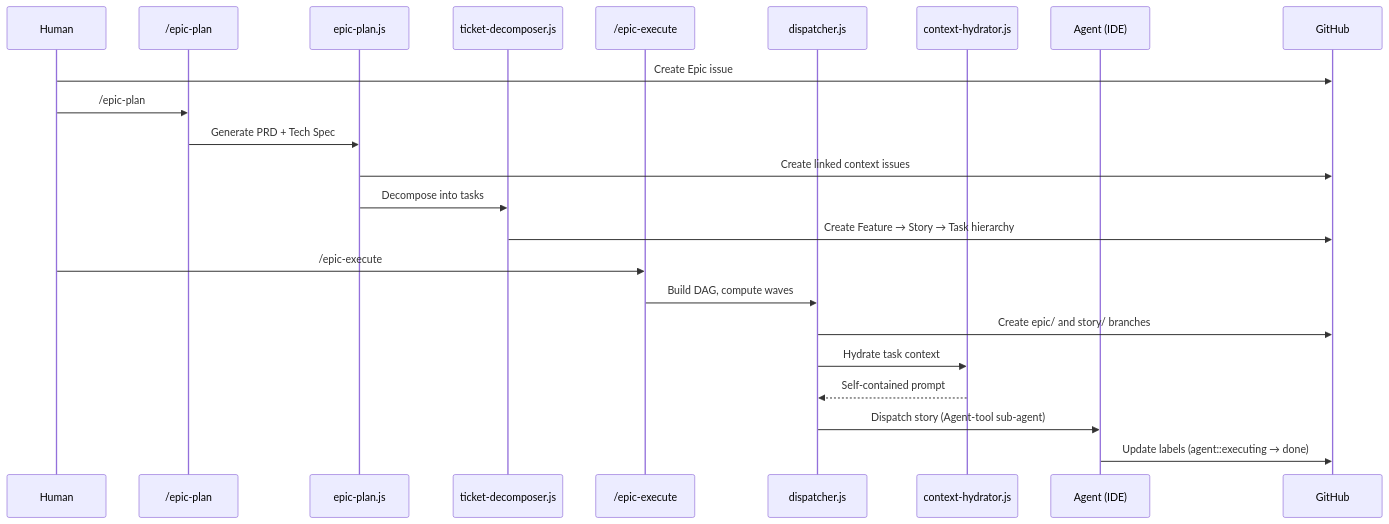
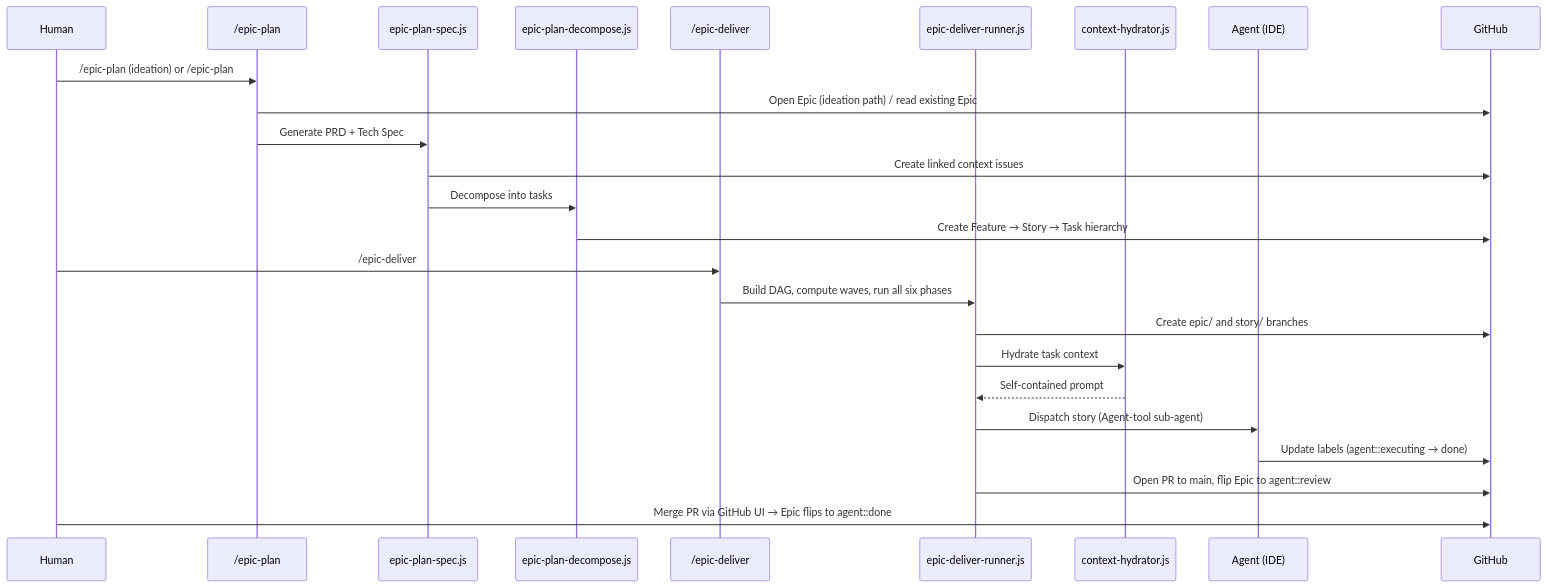
The seventh of 8 diagrams in docs/architecture.md (dsj1984/mandrel), drawn with Mermaid before and after one commit. The commit also changed other lines of this file and 7 other files, not shown here.

Commit message:
docs(reference): rewrite architecture.md, configuration.md, decisions adr, instructions.md, and changelog 5.40.0 entry (resolves #1176)

````diff
--- a/docs/architecture.md
+++ b/docs/architecture.md
@@ -488,27 +504,29 @@
 ```mermaid
 sequenceDiagram
     participant H as Human
     participant P as /epic-plan
-    participant EP as epic-plan.js
-    participant TD as ticket-decomposer.js
-    participant D as /epic-execute
-    participant DI as dispatcher.js
+    participant EP as epic-plan-spec.js
+    participant TD as epic-plan-decompose.js
+    participant D as /epic-deliver
+    participant EDR as epic-deliver-runner.js
     participant CH as context-hydrator.js
     participant A as Agent (IDE)
     participant GH as GitHub
 
-    H->>GH: Create Epic issue
-    H->>P: /epic-plan #EPIC
+    H->>P: /epic-plan (ideation) or /epic-plan #EPIC
+    P->>GH: Open Epic (ideation path) / read existing Epic
     P->>EP: Generate PRD + Tech Spec
     EP->>GH: Create linked context issues
     EP->>TD: Decompose into tasks
     TD->>GH: Create Feature → Story → Task hierarchy
 
-    H->>D: /epic-execute #EPIC
-    D->>DI: Build DAG, compute waves
-    DI->>GH: Create epic/ and story/ branches
-    DI->>CH: Hydrate task context
-    CH-->>DI: Self-contained prompt
-    DI->>A: Dispatch story (Agent-tool sub-agent)
+    H->>D: /epic-deliver #EPIC
+    D->>EDR: Build DAG, compute waves, run all six phases
+    EDR->>GH: Create epic/ and story/ branches
+    EDR->>CH: Hydrate task context
+    CH-->>EDR: Self-contained prompt
+    EDR->>A: Dispatch story (Agent-tool sub-agent)
     A->>GH: Update labels (agent::executing → done)
+    EDR->>GH: Open PR to main, flip Epic to agent::review
+    H->>GH: Merge PR via GitHub UI → Epic flips to agent::done
 ```
````
